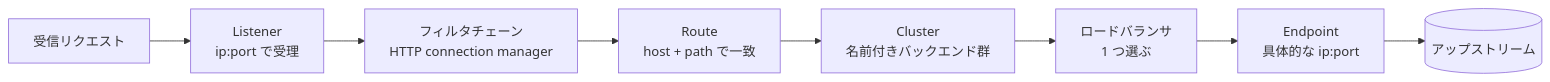
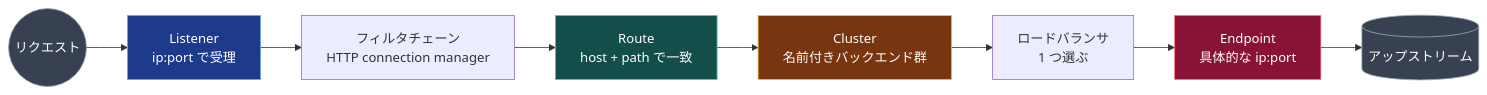
Before and after one commit to 0-draft/envoy-xds-deep-dive: the second of 2 diagrams in docs/00-prerequisites/README.ja.md, drawn with Mermaid. The commit also changed other lines of this file and 27 other files, not shown here.

First line of the commit message:
docs: semantic color, distinct shapes, and a11y metadata for all mermaid diagrams

````diff
--- a/docs/00-prerequisites/README.ja.md
+++ b/docs/00-prerequisites/README.ja.md
@@ -78,10 +86,22 @@
 ```mermaid
 flowchart LR
-    req[受信リクエスト] --> lst[Listener<br/>ip:port で受理]
+    accTitle: Envoy を通るリクエストの一生
+    accDescr: 受信リクエストは Listener, フィルタチェーン, Route の一致, Cluster, ロードバランサ, 1 つの Endpoint を経てアップストリームに到達する。
+    req((リクエスト)) --> lst[Listener<br/>ip:port で受理]
     lst --> fc[フィルタチェーン<br/>HTTP connection manager]
     fc --> rt[Route<br/>host + path で一致]
     rt --> cl[Cluster<br/>名前付きバックエンド群]
     cl --> lb[ロードバランサ<br/>1 つ選ぶ]
     lb --> ep[Endpoint<br/>具体的な ip:port]
     ep --> up[(アップストリーム)]
+    class lst lds
+    class rt rds
+    class cl cds
+    class ep eds
+    class req,up ext
+    classDef lds fill:#1e3a8a,stroke:#60a5fa,color:#fff
+    classDef rds fill:#134e4a,stroke:#2dd4bf,color:#fff
+    classDef cds fill:#78350f,stroke:#fbbf24,color:#fff
+    classDef eds fill:#881337,stroke:#fb7185,color:#fff
+    classDef ext fill:#374151,stroke:#9ca3af,color:#fff
 ```
````
